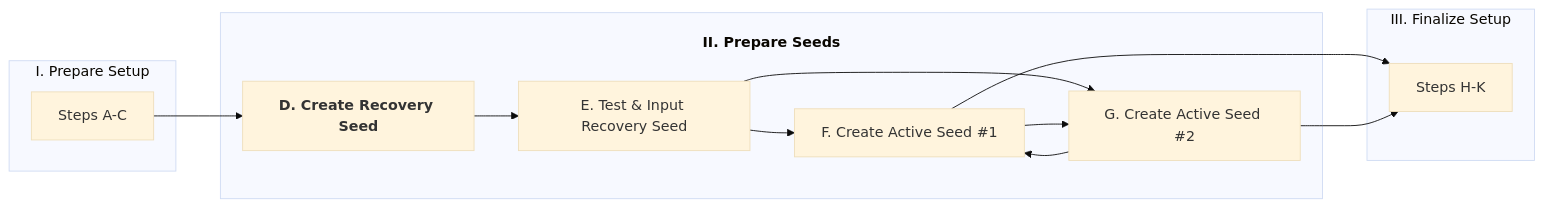
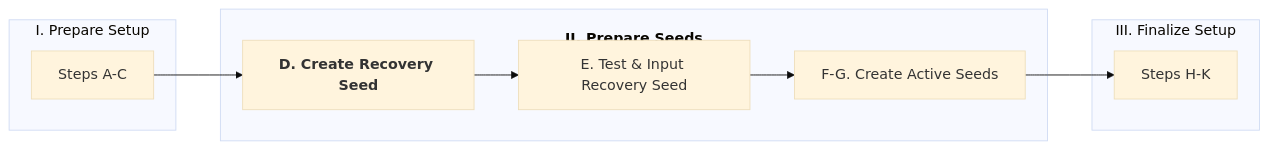
The fourth of 4 diagrams in Docs/Scenario-Multisig.md (BlockchainCommons/SmartCustody), drawn with Mermaid (base theme) before and after one commit.

````diff
--- a/Docs/Scenario-Multisig.md
+++ b/Docs/Scenario-Multisig.md
@@ -243,21 +243,17 @@
 ```mermaid
     graph LR;
     subgraph 1[I. Prepare Setup]
     C[Steps A-C]
     end
     subgraph 2[<h4>II. Prepare Seeds</h4>]
     D[<b>D. Create Recovery Seed</b>]
     E[E. Test & Input Recovery Seed]
-    F[F. Create Active Seed #1]
-    G[G. Create Active Seed #2]
-    D-->E
-    E-->F & G
-    F-->G
-    G-->F
+    F[F-G. Create Active Seeds]
+    D-->E-->F
     end
     subgraph 3[III. Finalize Setup]
     H[Steps H-K]
     end
     C-->D
-    F & G-->H
+    F-->H
 ```
````
